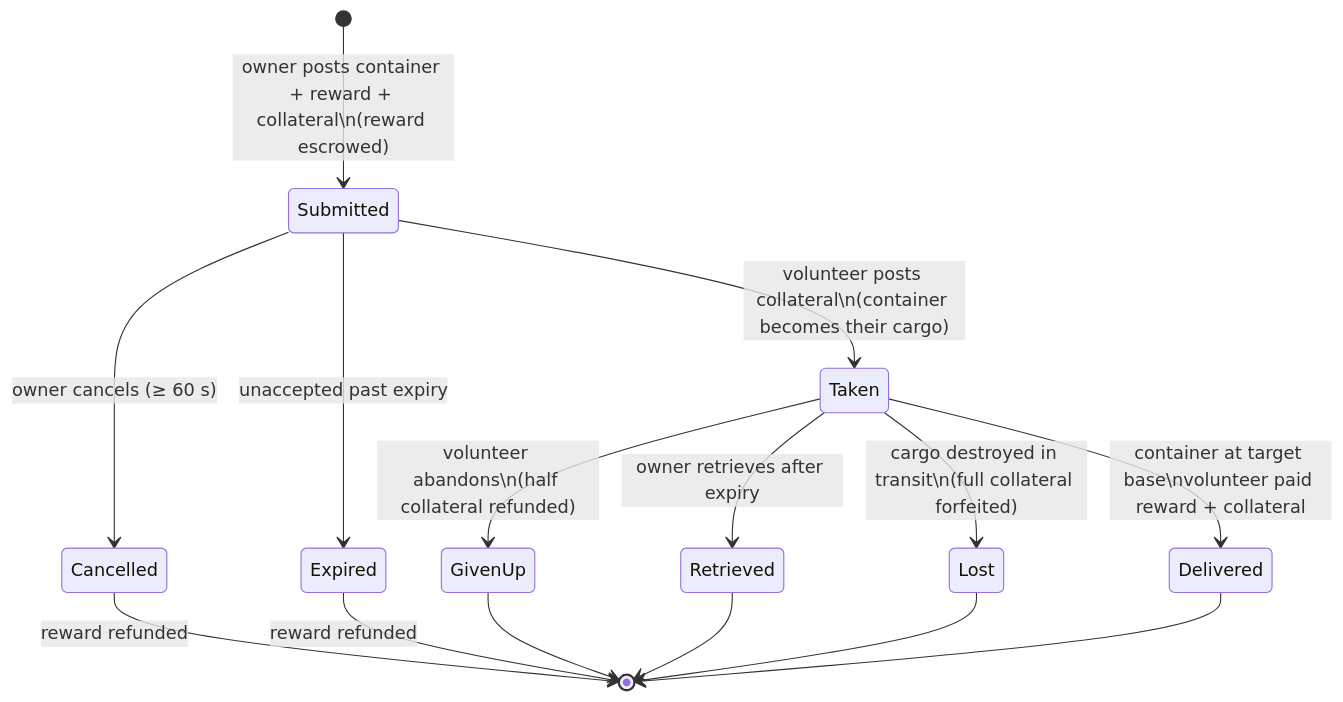
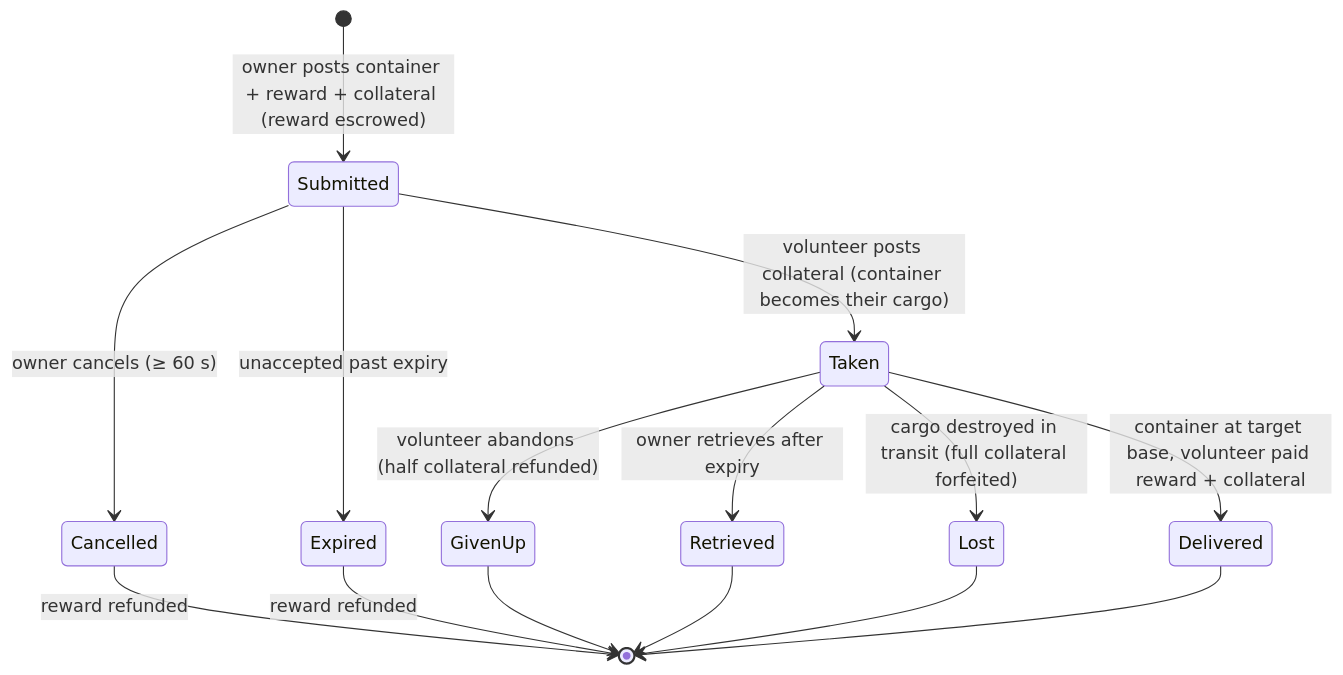
The diagram in content/features/transport.md (OpenPerpetuum/Wiki), drawn with Mermaid before and after one commit. The commit also changed 6 other files, not shown here.

First line of the commit message:
Fixes: mermaid state-diagram labels (broken parse + silent \n)

````diff
--- a/content/features/transport.md
+++ b/content/features/transport.md
@@ -16,17 +16,17 @@
 ```mermaid
 stateDiagram-v2
-    [*] --> Submitted: owner posts container + reward + collateral\n(reward escrowed)
-    Submitted --> Taken: volunteer posts collateral\n(container becomes their cargo)
+    [*] --> Submitted: owner posts container + reward + collateral (reward escrowed)
+    Submitted --> Taken: volunteer posts collateral (container becomes their cargo)
     Submitted --> Cancelled: owner cancels (≥ 60 s)
     Submitted --> Expired: unaccepted past expiry
-    Taken --> Delivered: container at target base\nvolunteer paid reward + collateral
-    Taken --> GivenUp: volunteer abandons\n(half collateral refunded)
+    Taken --> Delivered: container at target base, volunteer paid reward + collateral
+    Taken --> GivenUp: volunteer abandons (half collateral refunded)
     Taken --> Retrieved: owner retrieves after expiry
-    Taken --> Lost: cargo destroyed in transit\n(full collateral forfeited)
+    Taken --> Lost: cargo destroyed in transit (full collateral forfeited)
     Cancelled --> [*]: reward refunded
     Expired --> [*]: reward refunded
     GivenUp --> [*]
     Retrieved --> [*]
     Lost --> [*]
     Delivered --> [*]
 ```
````
